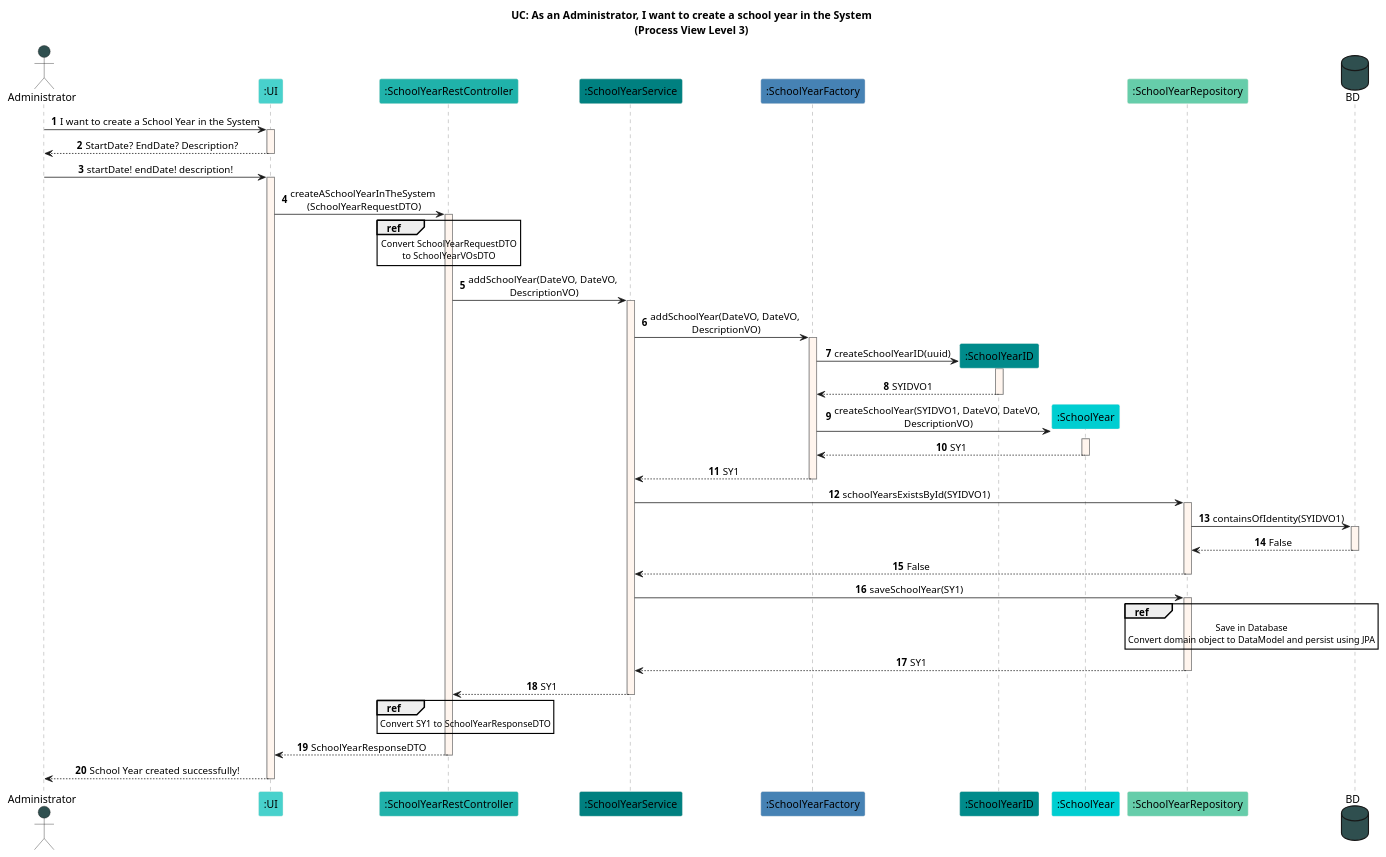
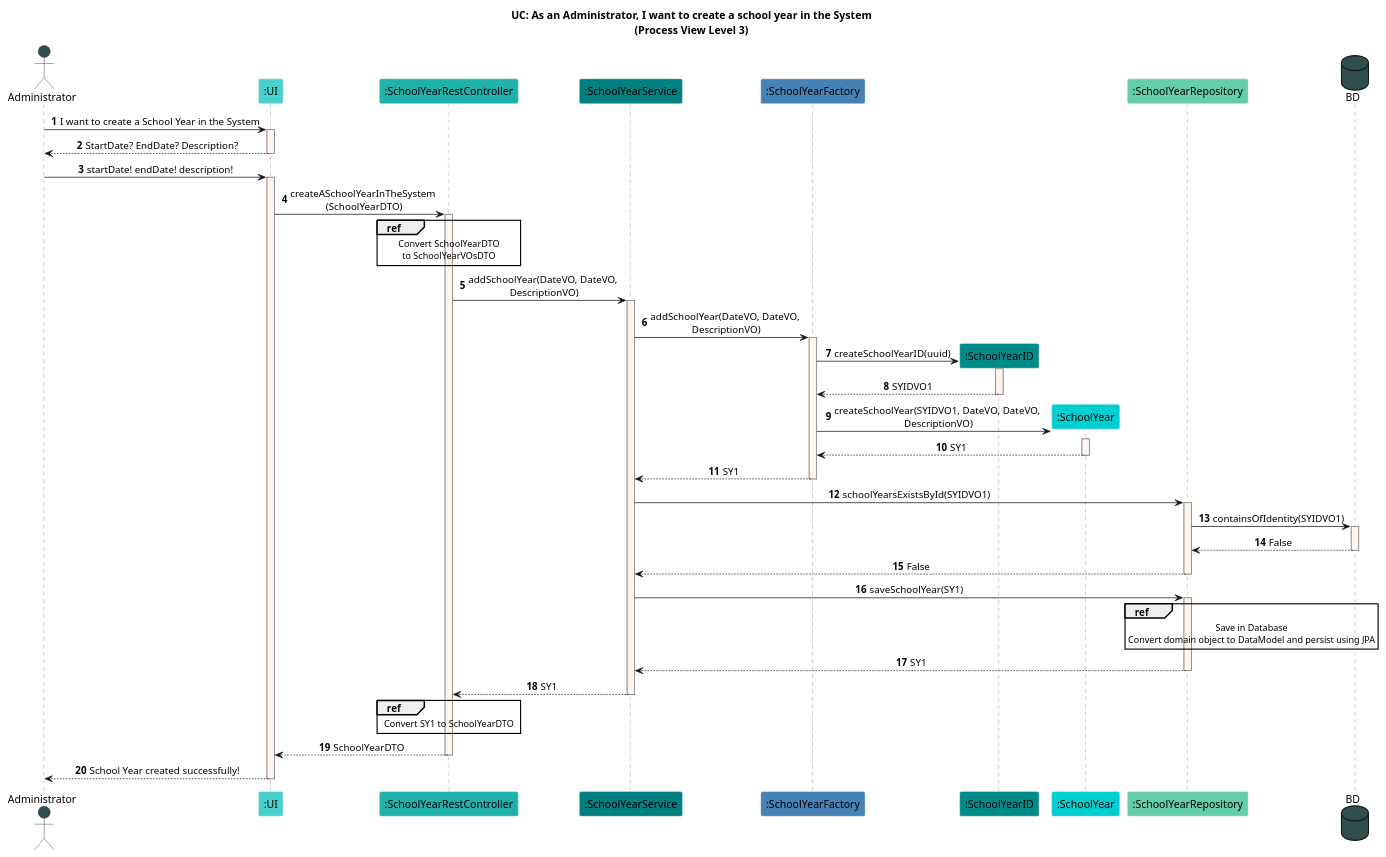
Before and after one commit to GasparISEP/DevOps-PAI: the diagram in docs/US07/Sprint6/Process View/Level4/createSchoolYear.puml, drawn with PlantUML. The commit also changed 3 other files, not shown here.

Commit message:
Updated the diagrams regarding the features for School Year Aggregate. ref #519

```diff
--- a/docs/US07/Sprint6/Process View/Level4/createSchoolYear.puml
+++ b/docs/US07/Sprint6/Process View/Level4/createSchoolYear.puml
@@ -1,80 +1,80 @@
 @startuml
 autonumber
 
 title UC: As an Administrator, I want to create a school year in the System\n(Process View Level 3)
 
 skinparam {
   SequenceLifeLineBorderColor gray
   SequenceParticipantBorderColor seashell
   DefaultTextAlignment center
 }
 
 actor Administrator as Admin #darkslategrey
 participant ":UI" as UI #mediumturquoise
 participant ":SchoolYearRestController" as C #lightseagreen
 participant ":SchoolYearService" as SYS #teal
 participant ":SchoolYearFactory" as SYF #steelblue
 participant ":SchoolYearID" as SYID #darkcyan
 participant ":SchoolYear" as SY #darkturquoise
 participant ":SchoolYearRepository" as SYR #mediumaquamarine
 database BD #darkslategrey
 
 Admin -> UI: I want to create a School Year in the System
 activate UI #seashell
 UI --> Admin: StartDate? EndDate? Description?
 deactivate UI #seashell
 Admin -> UI: startDate! endDate! description!
 activate UI #seashell
-UI -> C: createASchoolYearInTheSystem \n(SchoolYearRequestDTO)
+UI -> C: createASchoolYearInTheSystem \n(SchoolYearDTO)
 activate C #seashell
 
 ref over C
-    Convert SchoolYearRequestDTO
+    Convert SchoolYearDTO
     to SchoolYearVOsDTO
 end ref
 
 C -> SYS: addSchoolYear(DateVO, DateVO, \nDescriptionVO)
 activate SYS #seashell
 SYS -> SYF: addSchoolYear(DateVO, DateVO, \nDescriptionVO)
 activate SYF #seashell
 SYF -> SYID **: createSchoolYearID(uuid)
 activate SYID #seashell
 SYID --> SYF: SYIDVO1
 deactivate SYID
 SYF -> SY **: createSchoolYear(SYIDVO1, DateVO, DateVO, \nDescriptionVO)
 activate SY #seashell
 SY --> SYF: SY1
 deactivate SY #seashell
 SYF --> SYS: SY1
 deactivate SYF
 SYS -> SYR: schoolYearsExistsById(SYIDVO1)
 activate SYR #seashell
 SYR -> BD : containsOfIdentity(SYIDVO1)
 activate BD #seashell
 SYR <-- BD: False
 deactivate BD
 SYR --> SYS: False
 deactivate SYR
 SYS -> SYR : saveSchoolYear(SY1)
 activate SYR #seashell
 
 ref over SYR
     Save in Database
     Convert domain object to DataModel and persist using JPA
 end ref
 
 SYR --> SYS: SY1
 deactivate SYR
 SYS --> C: SY1
 deactivate SYS
 
 ref over C
-    Convert SY1 to SchoolYearResponseDTO
+    Convert SY1 to SchoolYearDTO
 end ref
 
-C --> UI: SchoolYearResponseDTO
+C --> UI: SchoolYearDTO
 deactivate C
 UI --> Admin: School Year created successfully!
 deactivate UI
 
 @enduml
```
